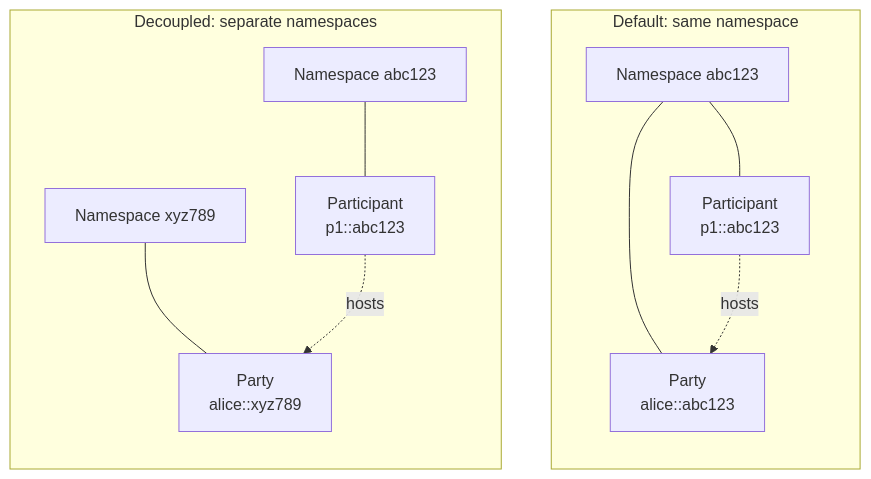
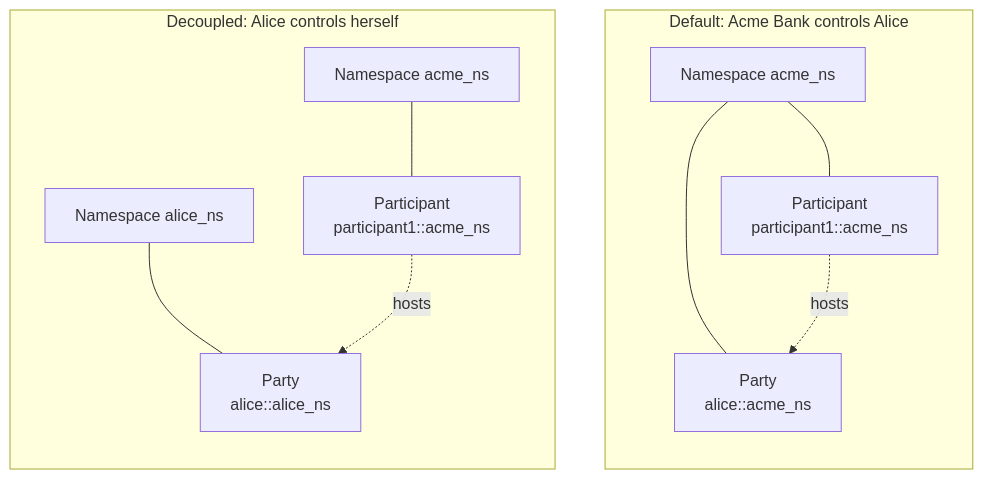
The first of 3 diagrams in docs/content/docs/canton-network/topology-management.mdx (crisog/daml), drawn with Mermaid before and after one commit. The commit also changed other lines of this file, not shown here.

````diff
--- a/docs/content/docs/canton-network/topology-management.mdx
+++ b/docs/content/docs/canton-network/topology-management.mdx
@@ -59,23 +66,23 @@
 ```mermaid
 flowchart TB
-    subgraph coupled ["Default: same namespace"]
+    subgraph coupled ["Default: Acme Bank controls Alice"]
         direction TB
-        NS1["Namespace abc123"]
-        P1["Participant\np1::abc123"]
-        A1["Party\nalice::abc123"]
+        NS1["Namespace acme_ns"]
+        P1["Participant\nparticipant1::acme_ns"]
+        A1["Party\nalice::acme_ns"]
         NS1 --- P1
         NS1 --- A1
         P1 -. hosts .-> A1
     end
 
-    subgraph decoupled ["Decoupled: separate namespaces"]
+    subgraph decoupled ["Decoupled: Alice controls herself"]
         direction TB
-        NS2["Namespace abc123"]
-        NS3["Namespace xyz789"]
-        P2["Participant\np1::abc123"]
-        A2["Party\nalice::xyz789"]
+        NS2["Namespace acme_ns"]
+        NS3["Namespace alice_ns"]
+        P2["Participant\nparticipant1::acme_ns"]
+        A2["Party\nalice::alice_ns"]
         NS2 --- P2
         NS3 --- A2
         P2 -. hosts .-> A2
     end
 ```
````
